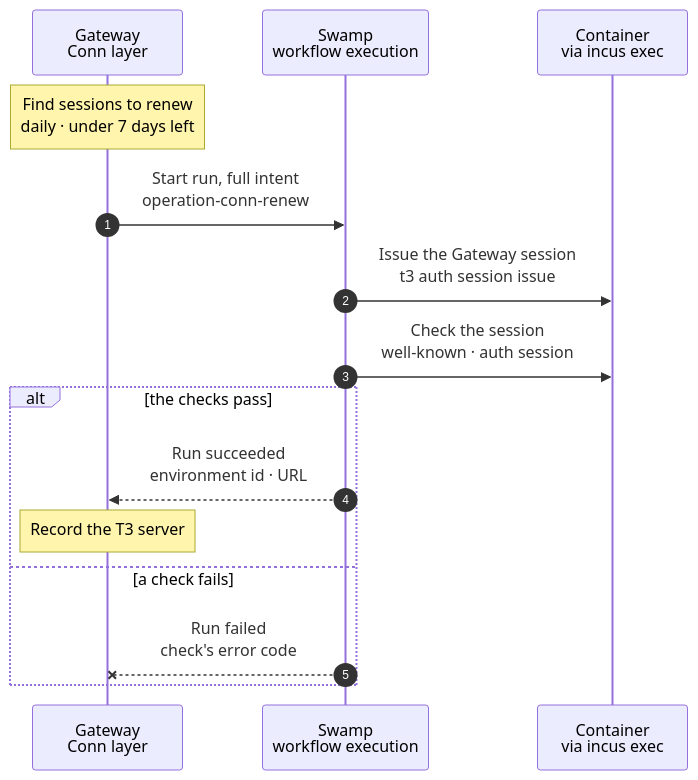
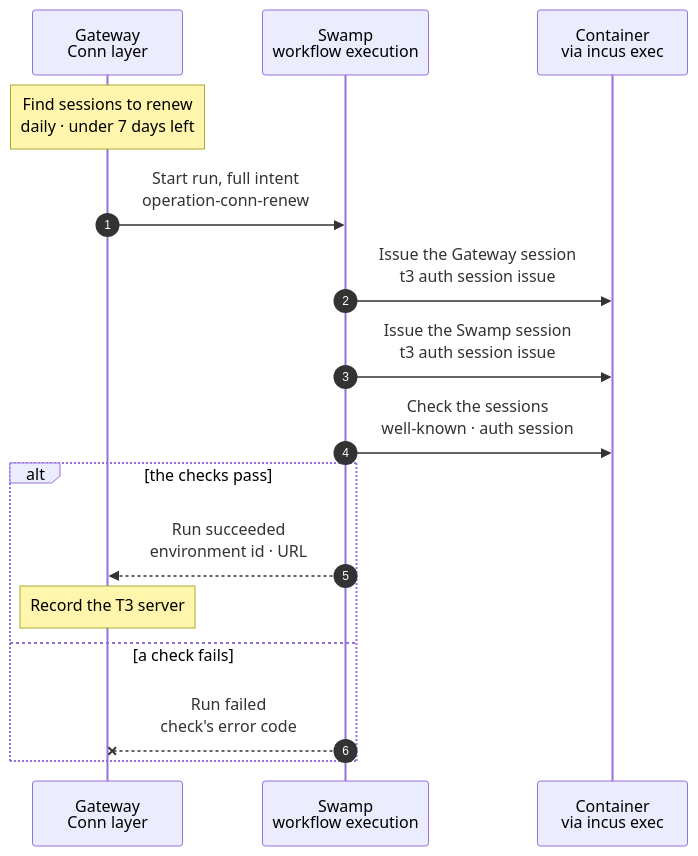
One commit to hardimpactdev/orbit changed the diagram in docs/cli/instance/container/t3-register.mmd. Above: the diagram before and after it, drawn with Mermaid. The commit also changed 6 other files, not shown here.

```diff
--- a/docs/cli/instance/container/t3-register.mmd
+++ b/docs/cli/instance/container/t3-register.mmd
@@ -1,50 +1,59 @@
 sequenceDiagram
   %% Target design, container runtime (ADR 0250 step 3, docs/reference/development-containers.md#t3-registration-and-pairing): how Orbit registers a container's T3 server with the Conn layer. The step runs inside the Instance-create flow and wake, and in a daily renewal run. The container cannot call the Gateway, so the Gateway records the server from the run's result, with the checks of `POST /conn/environments` (docs/reference/conn.md#registration).
   %% status: draft
   %% command: none · step of create, wake, renewal
   %% kind: conn.environment_renew
   autonumber
   %% lane GW icon=gateway pill=intent tone=blue
   %% lane SW icon=workflow pill=executes tone=green
   %% lane C icon=server pill=target tone=purple
   participant GW as Gateway<br/>Conn layer
   participant SW as Swamp<br/>workflow execution
   participant C as Container<br/>via incus exec
   Note over GW: Find sessions to renew<br/>daily · under 7 days left
   %%> When:
   %%> - create and wake run the same steps inside their own runs; this daily check only covers running containers
   %%> Skips:
   %%> - a sleeping Instance: its wake renews the session
   %%> Result:
   %%> - one task per T3 server, with the Instance lock; the intent names a fresh vault key for the session
   GW->>SW: Start run, full intent<br/>operation-conn-renew
   SW->>C: Issue the Gateway session<br/>t3 auth session issue
   %%> Command, as `agent`:
   %%> - `t3 auth session issue --label "Orbit Gateway" --token-only`
   %%> What it does:
   %%> - the session goes to the vault key that the intent names, as a sensitive output, never into the run's inputs, outputs or logs
   %%> Why the label:
   %%> - after recording, the Gateway's cleanup revokes earlier `Orbit Gateway` sessions on this server
-  SW->>C: Check the session<br/>well-known · auth session
+  SW->>C: Issue the Swamp session<br/>t3 auth session issue
+  %%> Command, as `agent`:
+  %%> - `t3 auth session issue --label "Orbit Swamp" --token-only`, with only the scopes the thread tools and `orchestration.forceStopThread` need, as the plan proposes
+  %%> What it does:
+  %%> - the session goes to the Instance's Swamp vault key, which Swamp reads when it drives T3 for a task; it never enters the run or the Gateway's records
+  %%> When:
+  %%> - never while a task turn operation of the Instance runs, because T3 keeps request ids per session
+  %%> Why:
+  %%> - Swamp drives T3 for a task with its own session, revoked on its own
+  SW->>C: Check the sessions<br/>well-known · auth session
   %%> What it does, the checks of `POST /conn/environments`, inside the container:
   %%> - reads the environment id from `/.well-known/t3/environment`; on a renewal it must equal the recorded one, else `conn.environment_mismatch`
-  %%> - T3 must accept the session at `/api/auth/session`, else `conn.session_rejected`
-  %%> - the session must carry `access:read` and `access:write`, else `conn.admin_scope_missing`
+  %%> - T3 must accept both sessions at `/api/auth/session`, else `conn.session_rejected`
+  %%> - the Gateway session must carry `access:read` and `access:write`, else `conn.admin_scope_missing`
   %%> Why here:
   %%> - the Gateway records the result and does not check it again
   alt the checks pass
     SW-->>GW: Run succeeded<br/>environment id · URL
     %%> Returns:
     %%> - the environment id, the URL `http://NODE-WG:PORT`, the session's expiry and its vault key
     Note over GW: Record the T3 server
     %%> What it does:
     %%> - moves the session from the vault into its encrypted record and deletes the vault copy, as the pairing result does with its link
     %%> Result:
     %%> - the server's Node is the container's Node; the record names the Instance
-    %%> - cleanup of earlier `Orbit Gateway` sessions starts
+    %%> - cleanup of earlier `Orbit Gateway` and `Orbit Swamp` sessions starts
   else a check fails
     SW--xGW: Run failed<br/>check's error code
     %%> Result:
     %%> - a renewal keeps the old record and session, and the next daily check tries again
     %%> - in a create or wake, the Instance fails with the check's code
   end
```
